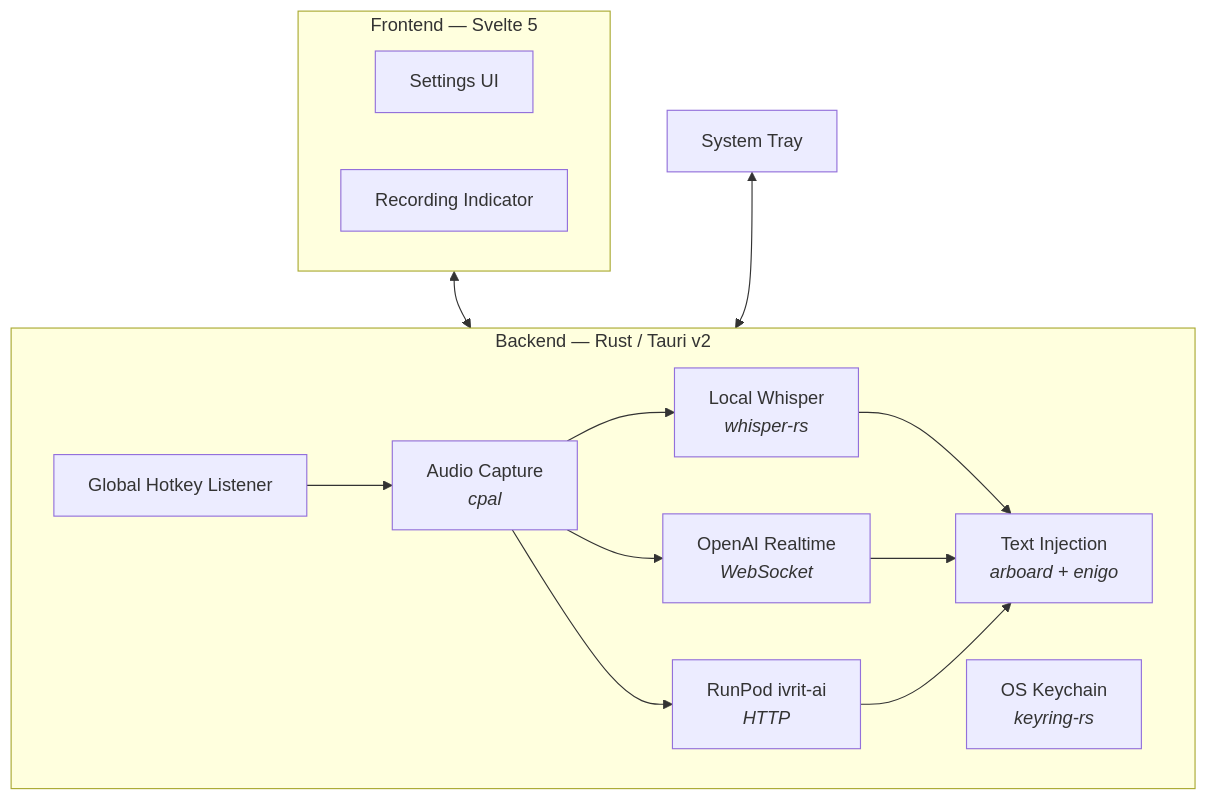
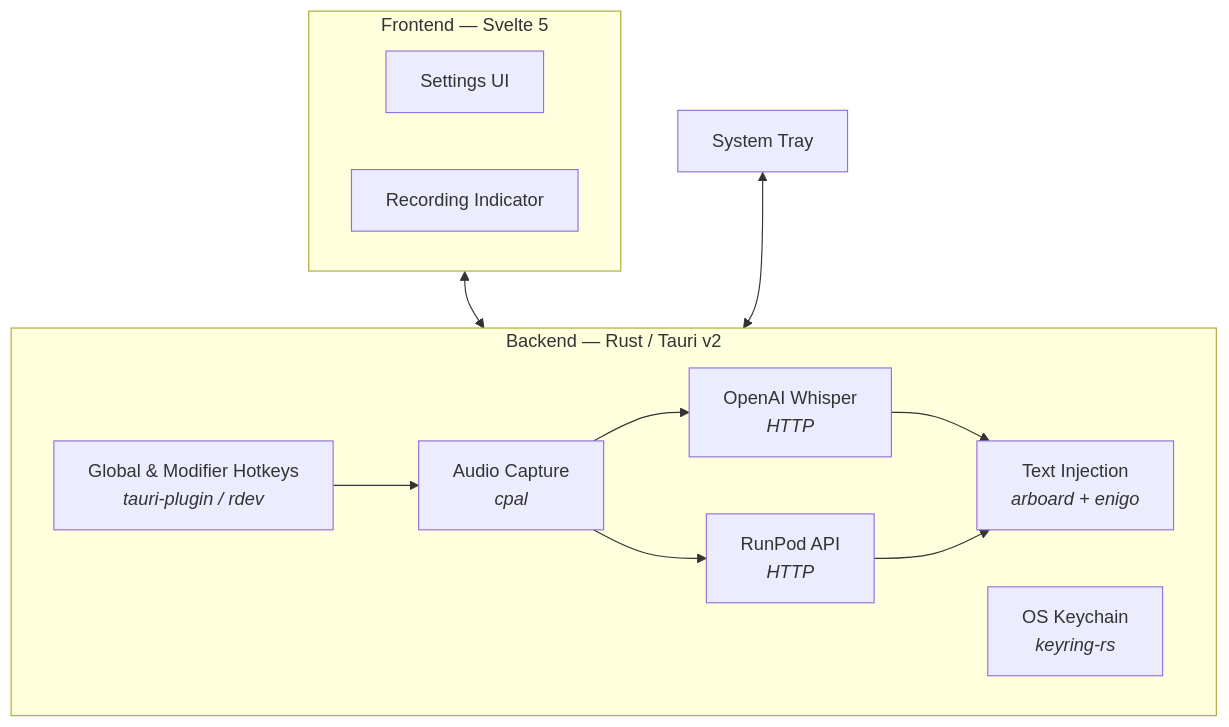
One commit to MatanelP/AirType changed the diagram in README.md. Above: the diagram before and after it, drawn with Mermaid. The commit also changed other lines of this file and 22 other files, not shown here.

````diff
--- a/README.md
+++ b/README.md
@@ -167,29 +143,26 @@
 ```mermaid
 graph TB
     subgraph Frontend ["Frontend — Svelte 5"]
         UI[Settings UI]
         Indicator[Recording Indicator]
     end
 
     subgraph Backend ["Backend — Rust / Tauri v2"]
-        Hotkeys[Global Hotkey Listener]
+        Hotkeys[Global & Modifier Hotkeys<br><i>tauri-plugin / rdev</i>]
         Audio[Audio Capture<br><i>cpal</i>]
-        Whisper[Local Whisper<br><i>whisper-rs</i>]
-        OpenAI[OpenAI Realtime<br><i>WebSocket</i>]
-        RunPod[RunPod ivrit-ai<br><i>HTTP</i>]
+        OpenAI[OpenAI Whisper<br><i>HTTP</i>]
+        RunPod[RunPod API<br><i>HTTP</i>]
         Inject[Text Injection<br><i>arboard + enigo</i>]
         Keychain[OS Keychain<br><i>keyring-rs</i>]
     end
 
     Tray[System Tray]
 
     Hotkeys --> Audio
-    Audio --> Whisper
     Audio --> OpenAI
     Audio --> RunPod
-    Whisper --> Inject
     OpenAI --> Inject
     RunPod --> Inject
     Frontend <--> Backend
     Tray <--> Backend
 ```
````
